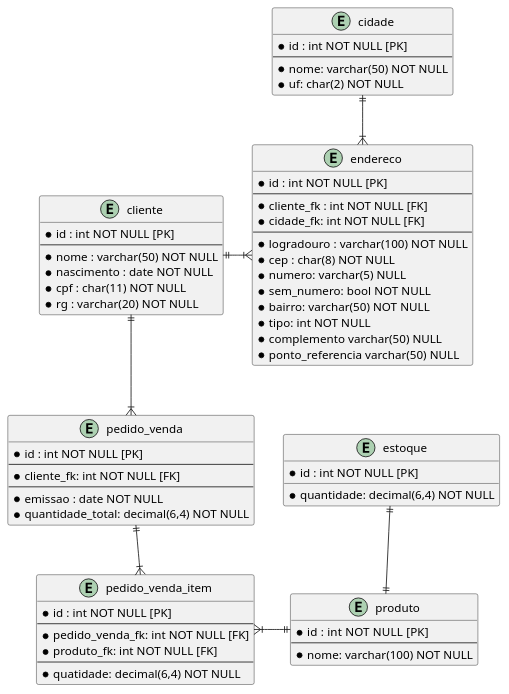
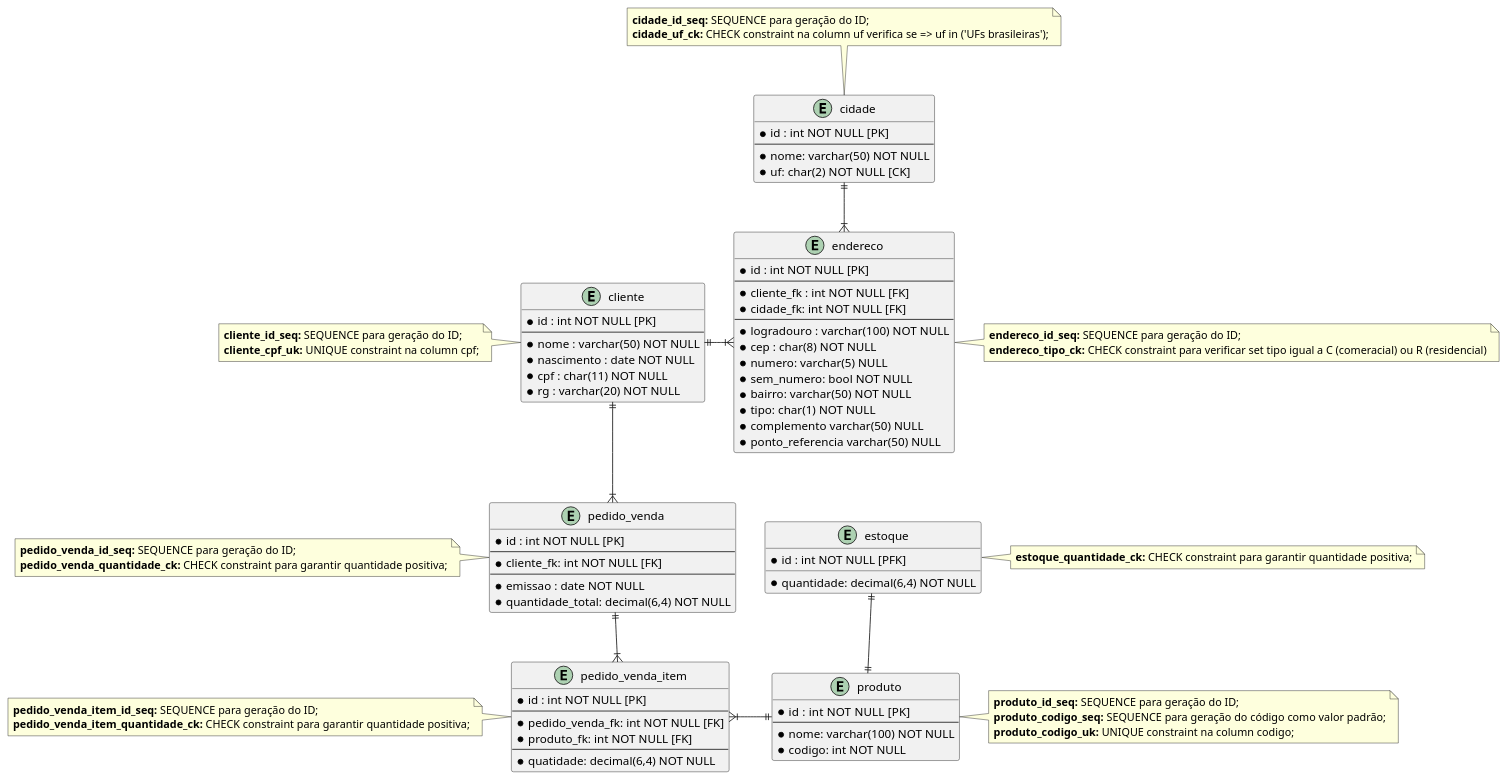
One commit to prof-rafaelrasso/2022-db-data-marcio changed the diagram in docs/marcio_system.puml. Above: the diagram before and after it, drawn with PlantUML. The commit also changed 19 other files, not shown here.

```diff
--- a/docs/marcio_system.puml
+++ b/docs/marcio_system.puml
@@ -1,75 +1,111 @@
 @startuml marcio_system
 
 entity cliente   {
     *id : int NOT NULL [PK]
     --
     *nome : varchar(50) NOT NULL
     *nascimento : date NOT NULL
     *cpf : char(11) NOT NULL
     *rg : varchar(20) NOT NULL
 }
+
+note left of cliente
+    **cliente_id_seq:** SEQUENCE para geração do ID;
+    **cliente_cpf_uk:** UNIQUE constraint na column cpf;
+end note
 
 entity endereco {
      *id : int NOT NULL [PK]
     --
     *cliente_fk : int NOT NULL [FK]
     *cidade_fk: int NOT NULL [FK]
     --
     *logradouro : varchar(100) NOT NULL
     *cep : char(8) NOT NULL
     *numero: varchar(5) NULL
     *sem_numero: bool NOT NULL
     *bairro: varchar(50) NOT NULL
-    *tipo: int NOT NULL
+    *tipo: char(1) NOT NULL
     *complemento varchar(50) NULL
     *ponto_referencia varchar(50) NULL
 }
+
+note right of endereco
+    **endereco_id_seq:** SEQUENCE para geração do ID;
+    **endereco_tipo_ck:** CHECK constraint para verificar set tipo igual a C (comeracial) ou R (residencial)
+end note
 
 entity cidade {
     *id : int NOT NULL [PK]
     --
     *nome: varchar(50) NOT NULL
-    *uf: char(2) NOT NULL 
+    *uf: char(2) NOT NULL [CK]
 }
+
+note top of cidade
+    **cidade_id_seq:** SEQUENCE para geração do ID;
+    **cidade_uf_ck:** CHECK constraint na column uf verifica se => uf in ('UFs brasileiras');
+end note
 
 entity pedido_venda  {
     *id : int NOT NULL [PK]
     --
     *cliente_fk: int NOT NULL [FK]
     --
     *emissao : date NOT NULL
     *quantidade_total: decimal(6,4) NOT NULL
 }
 
+note left of pedido_venda
+    **pedido_venda_id_seq:** SEQUENCE para geração do ID;
+    **pedido_venda_quantidade_ck:** CHECK constraint para garantir quantidade positiva;
+end note
+
 entity pedido_venda_item {
     *id : int NOT NULL [PK]
     --
     *pedido_venda_fk: int NOT NULL [FK]
     *produto_fk: int NOT NULL [FK]
     --
     *quatidade: decimal(6,4) NOT NULL
 }
 
+note left of pedido_venda_item
+    **pedido_venda_item_id_seq:** SEQUENCE para geração do ID;
+    **pedido_venda_item_quantidade_ck:** CHECK constraint para garantir quantidade positiva;
+end note
+
 entity produto {
     *id : int  NOT NULL [PK]
     --
     *nome: varchar(100) NOT NULL
+    *codigo: int NOT NULL
 }
 
+note right of produto
+    **produto_id_seq:** SEQUENCE para geração do ID;
+    **produto_codigo_seq:** SEQUENCE para geração do código como valor padrão;
+    **produto_codigo_uk:** UNIQUE constraint na column codigo;
+end note
+
 entity estoque {
-   *id : int NOT NULL [PK]
+   *id : int NOT NULL [PFK]
    *quantidade: decimal(6,4) NOT NULL 
 }
+
+note right of estoque
+    **estoque_quantidade_ck:** CHECK constraint para garantir quantidade positiva;
+end note
 
 cliente ||-right-|{ endereco
 cliente ||--|{ pedido_venda
 
 cidade ||--|{ endereco
 pedido_venda ||--|{ pedido_venda_item
 
 produto ||-left-|{ pedido_venda_item
 produto ||-up-|| estoque
 
 
 
 @enduml
```
